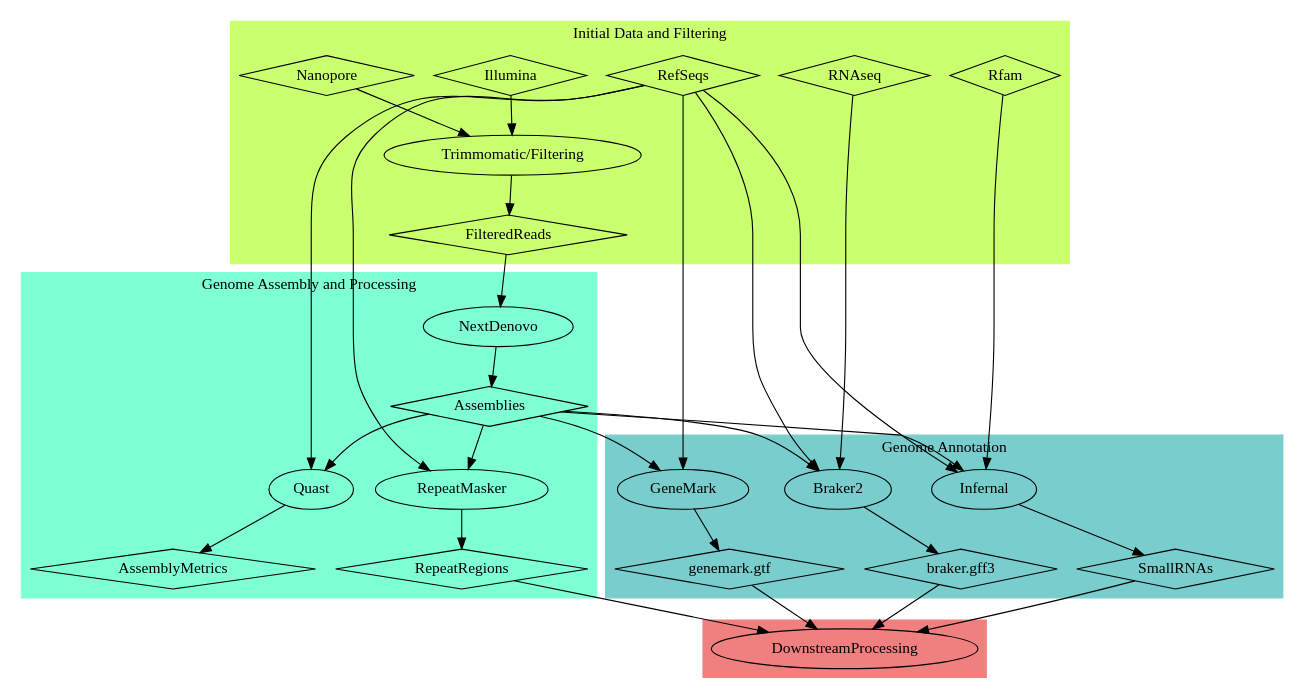
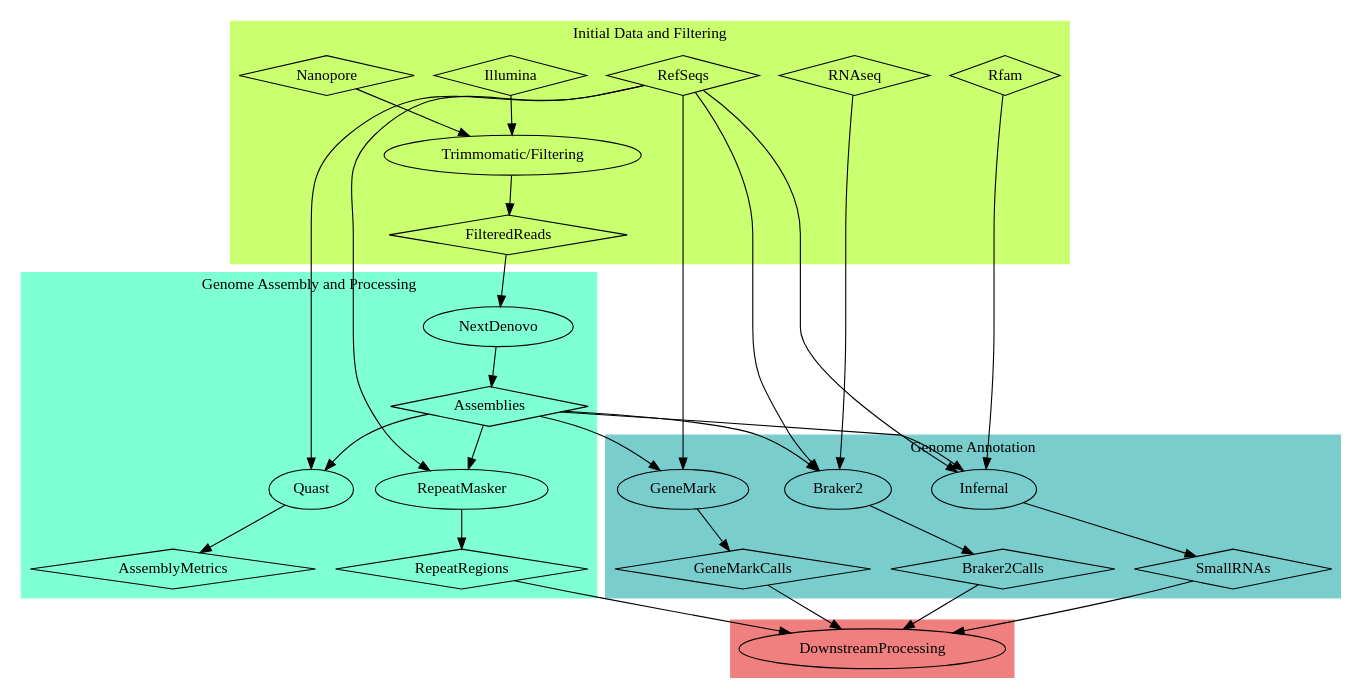
One commit to cbe453/masters changed the diagram in data-flowchart.dot. Above: the diagram before and after it, drawn with Graphviz. The commit also changed 1 other file, not shown here.

Commit message:
Updating flowchart labels for gene calls

```diff
--- a/data-flowchart.dot
+++ b/data-flowchart.dot
@@ -1,67 +1,67 @@
 digraph G{
 
 	subgraph cluster_0 {
 		 style=filled;
 		 color=darkolivegreen1;	
 		 Illumina [shape = diamond];
         	 Nanopore [shape = diamond];
 		 Illumina -> "Trimmomatic/Filtering";
 		 Nanopore -> "Trimmomatic/Filtering";
 		 RefSeqs [shape = diamond];
 		 RNAseq [shape = diamond];
 		 Rfam [shape = diamond];
 		 FilteredReads [shape = diamond];
 		 label = "Initial Data and Filtering";
 	}
 
 	subgraph cluster_1 {
 		 style=filled;
 		 color=aquamarine;	
 		 NextDenovo;
 		 RepeatMasker;
 		 AssemblyMetrics [shape = diamond];
 		 Assemblies [shape = diamond];
 		 Assemblies -> Quast;
 		 RepeatRegions [shape = diamond];
 		 label = "Genome Assembly and Processing";
 	}
 
 	subgraph cluster_2 {
 		 style=filled;
 		 color=darkslategray3;
 		 Infernal;
 		 SmallRNAs [shape = diamond];
-		 "genemark.gtf" [shape = diamond];
-		 "braker.gff3" [shape = diamond];
-		 GeneMark -> "genemark.gtf";
-		 Braker2 -> "braker.gff3";
+		 "GeneMarkCalls" [shape = diamond];
+		 "Braker2Calls" [shape = diamond];
+		 GeneMark -> "GeneMarkCalls";
+		 Braker2 -> "Braker2Calls";
 		 label = "Genome Annotation";
 	}
 
 	subgraph cluster_3 {
 		 style=filled;
 		 color=lightcoral;
 		 DownstreamProcessing;
 	}
 	
 	"Trimmomatic/Filtering" -> FilteredReads;
 	FilteredReads -> NextDenovo;
 	NextDenovo -> Assemblies;
 	Assemblies -> GeneMark;
 	Assemblies -> Braker2;
 	Assemblies -> Infernal;
 	Assemblies -> RepeatMasker;
 	Infernal -> SmallRNAs -> DownstreamProcessing;
 	RefSeqs -> Infernal;
 	RefSeqs -> GeneMark;
 	RefSeqs -> Braker2;
 	RNAseq -> Braker2;
 	RefSeqs -> RepeatMasker;
-	"genemark.gtf" -> DownstreamProcessing;
-	"braker.gff3" -> DownstreamProcessing;
+	"GeneMarkCalls" -> DownstreamProcessing;
+	"Braker2Calls" -> DownstreamProcessing;
 	RepeatMasker -> RepeatRegions;
 	RepeatRegions -> DownstreamProcessing;
 	RefSeqs -> Quast;
 	Quast -> AssemblyMetrics;
 	Rfam -> Infernal;
 }
```
